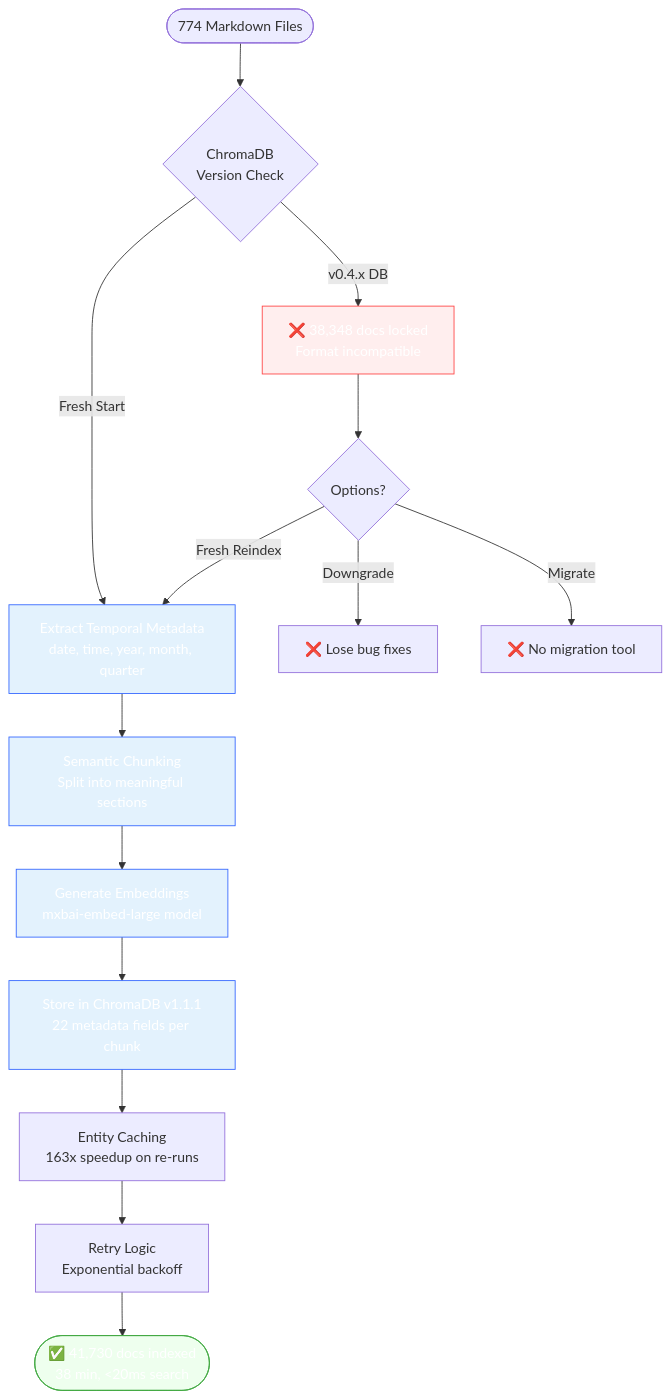
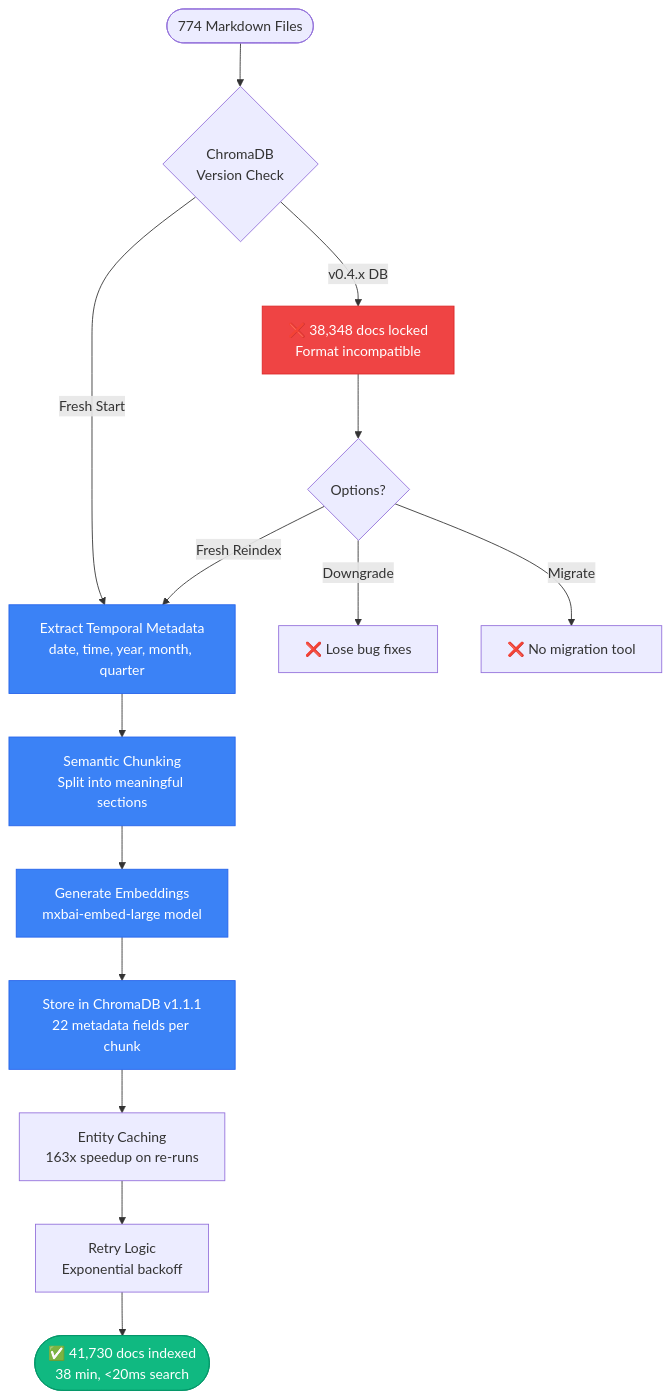
One commit to rduffyuk/blog-astro changed the first of 6 diagrams in src/data/blog/season-2-episode-4-three-systems-parallel-testing.md. Above: the diagram before and after it, drawn with Mermaid. The commit also changed other lines of this file, not shown here.

````diff
--- a/src/data/blog/season-2-episode-4-three-systems-parallel-testing.md
+++ b/src/data/blog/season-2-episode-4-three-systems-parallel-testing.md
@@ -161,25 +161,25 @@
 ```mermaid
 flowchart TB
     Start([774 Markdown Files]) --> Check{ChromaDB<br/>Version Check}
     Check -->|v0.4.x DB| Error[❌ 38,348 docs locked<br/>Format incompatible]
     Check -->|Fresh Start| Extract[Extract Temporal Metadata<br/>date, time, year, month, quarter]
 
     Error --> Decision{Options?}
     Decision -->|Downgrade| Risk[❌ Lose bug fixes]
     Decision -->|Migrate| NoTool[❌ No migration tool]
     Decision -->|Fresh Reindex| Extract
 
     Extract --> Chunk[Semantic Chunking<br/>Split into meaningful sections]
     Chunk --> Embed[Generate Embeddings<br/>mxbai-embed-large model]
     Embed --> Store[Store in ChromaDB v1.1.1<br/>22 metadata fields per chunk]
     Store --> Cache[Entity Caching<br/>163x speedup on re-runs]
     Cache --> Retry[Retry Logic<br/>Exponential backoff]
     Retry --> Complete([✅ 41,730 docs indexed<br/>38 min, <20ms search])
 
-    style Error fill:#fee,stroke:#f44,color:#fff
-    style Complete fill:#efe,stroke:#4a4,color:#fff
-    style Extract fill:#e3f2fd,stroke:#36f,color:#fff
-    style Chunk fill:#e3f2fd,stroke:#36f,color:#fff
-    style Embed fill:#e3f2fd,stroke:#36f,color:#fff
-    style Store fill:#e3f2fd,stroke:#36f,color:#fff
+    style Error fill:#ef4444,stroke:#dc2626,color:#fff
+    style Complete fill:#10b981,stroke:#059669,color:#fff
+    style Extract fill:#3b82f6,stroke:#2563eb,color:#fff
+    style Chunk fill:#3b82f6,stroke:#2563eb,color:#fff
+    style Embed fill:#3b82f6,stroke:#2563eb,color:#fff
+    style Store fill:#3b82f6,stroke:#2563eb,color:#fff
 ```
````
